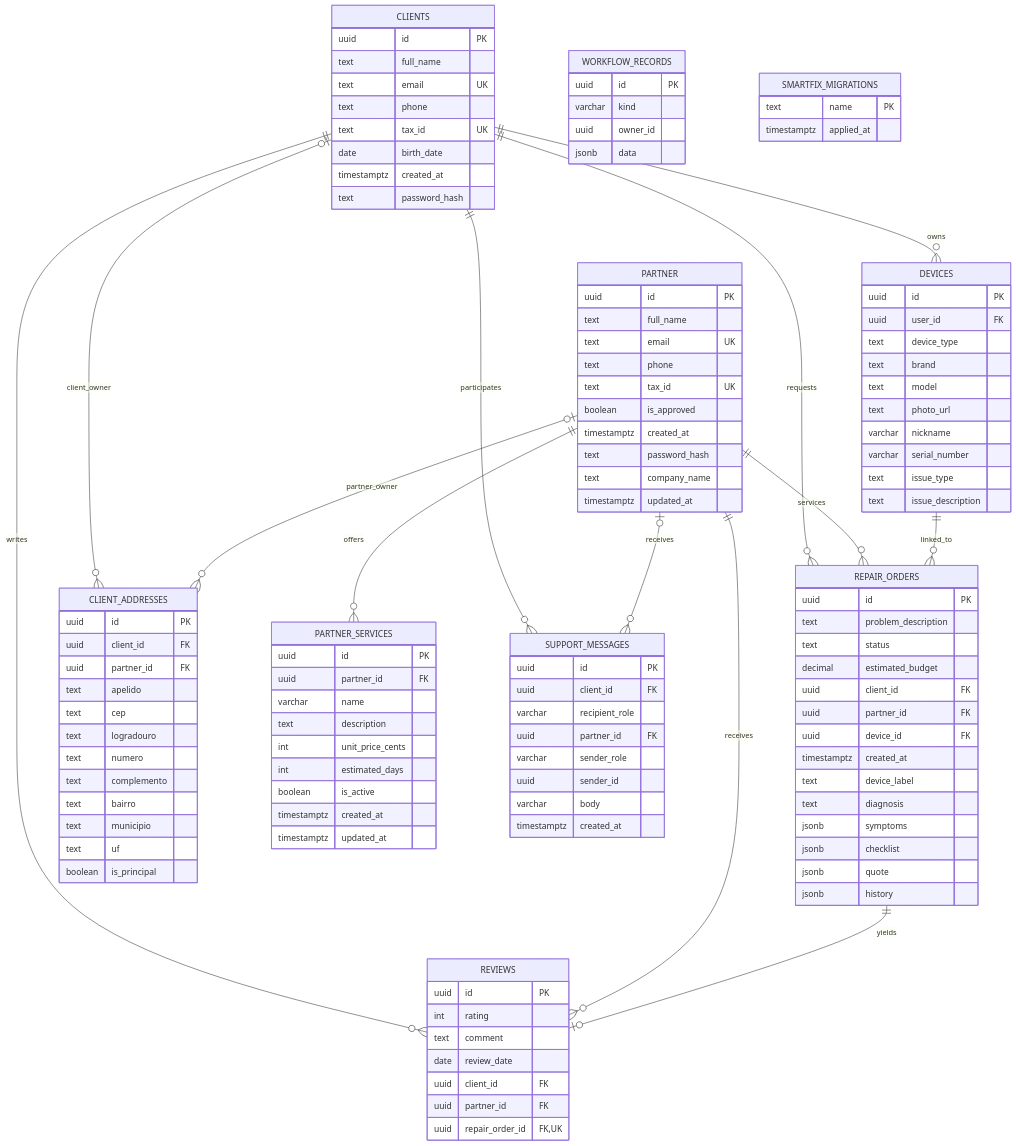
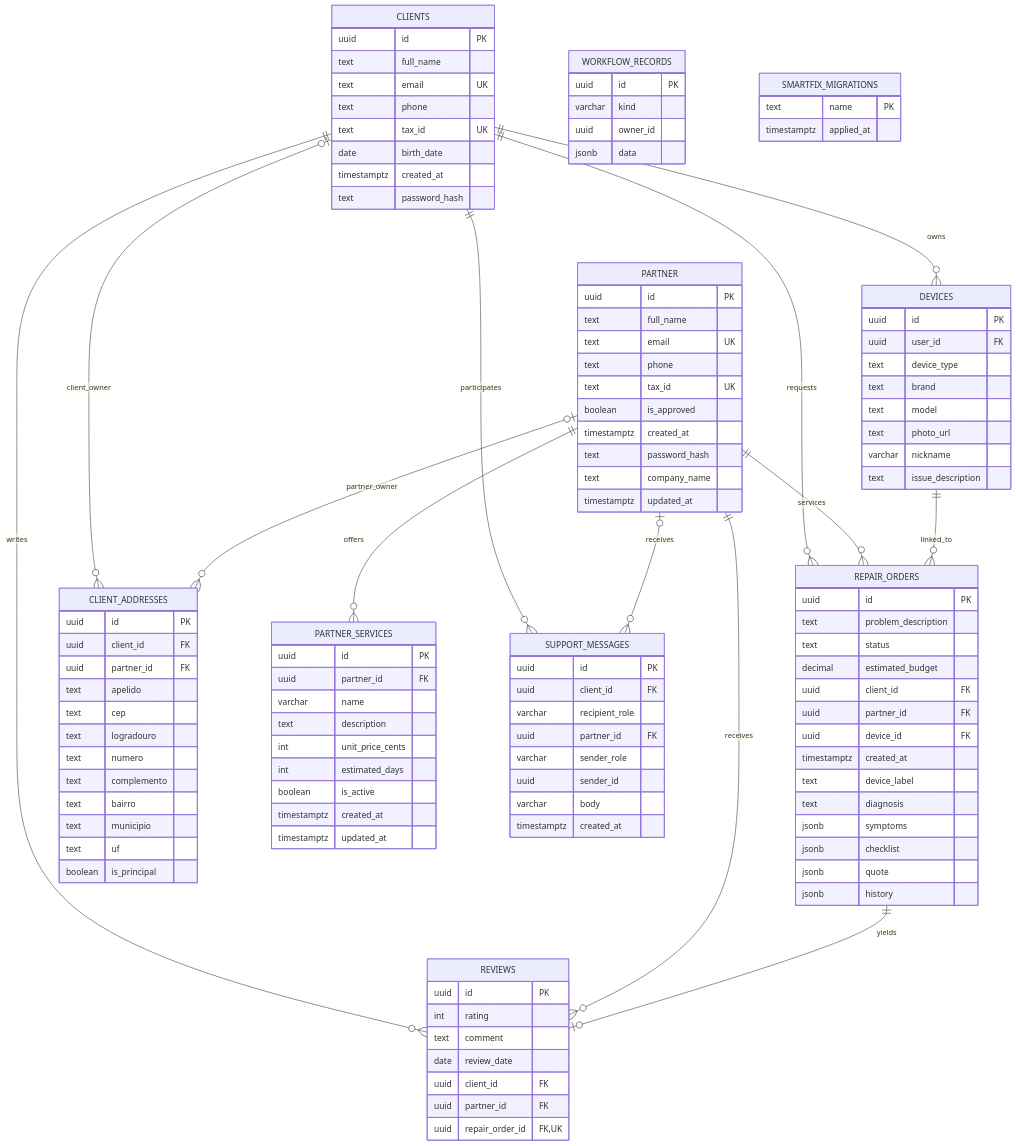
Before and after one commit to GeanAbreu/SmartFix: the diagram in database/DER.md, drawn with Mermaid. The commit also changed other lines of this file and 44 other files, not shown here.

```diff
--- a/database/DER.md
+++ b/database/DER.md
@@ -50,8 +50,6 @@
         text model
         text photo_url
         varchar nickname
-        varchar serial_number
-        text issue_type
         text issue_description
     }
     REPAIR_ORDERS {
```
